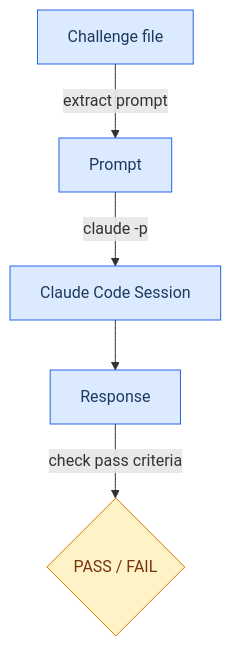
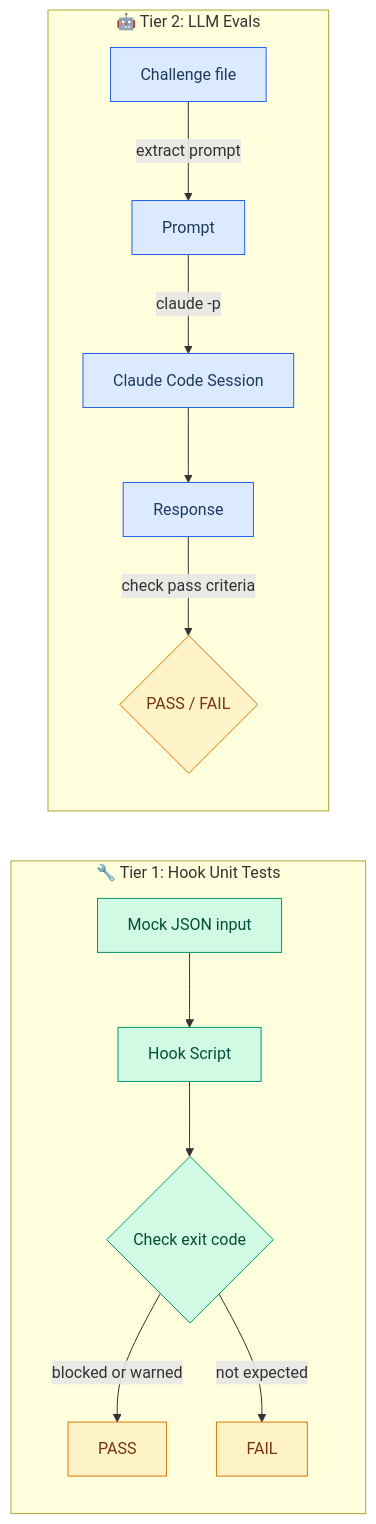
One commit to sercandumansiz/claude-code-template changed the diagram in evals/README.md. Above: the diagram before and after it, drawn with Mermaid. The commit also changed other lines of this file, not shown here.

Commit message:
fix: use single mermaid block for side-by-side eval diagrams

````diff
--- a/evals/README.md
+++ b/evals/README.md
@@ -27,12 +3,26 @@
 ```mermaid
-graph TD
-  C["Challenge file"] -->|"extract prompt"| PR["Prompt"]
-  PR -->|"claude -p"| S["Claude Code Session"]
-  S --> R["Response"]
-  R -->|"check pass criteria"| V{"PASS / FAIL"}
+graph LR
+  subgraph tier1 ["🔧 Tier 1: Hook Unit Tests"]
+    direction TB
+    M["Mock JSON input"] --> H["Hook Script"]
+    H --> E{"Check exit code"}
+    E -->|"blocked or warned"| P1["PASS"]
+    E -->|"not expected"| F1["FAIL"]
+  end
 
+  subgraph tier2 ["🤖 Tier 2: LLM Evals"]
+    direction TB
+    C["Challenge file"] -->|"extract prompt"| PR["Prompt"]
+    PR -->|"claude -p"| S["Claude Code Session"]
+    S --> R["Response"]
+    R -->|"check pass criteria"| V{"PASS / FAIL"}
+  end
+
+  classDef t1 fill:#d1fae5,stroke:#059669,color:#064e3b
   classDef t2 fill:#dbeafe,stroke:#2563eb,color:#1e3a5f
   classDef result fill:#fef3c7,stroke:#d97706,color:#78350f
+
+  class M,H,E t1
   class C,PR,S,R t2
-  class V result
+  class P1,F1,V result
 ```
````
